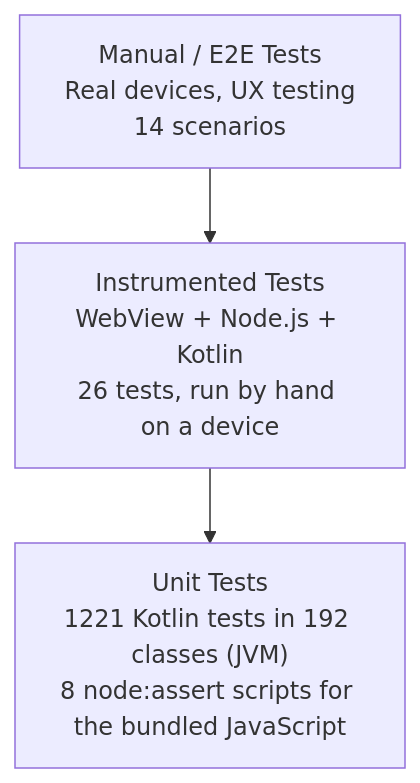
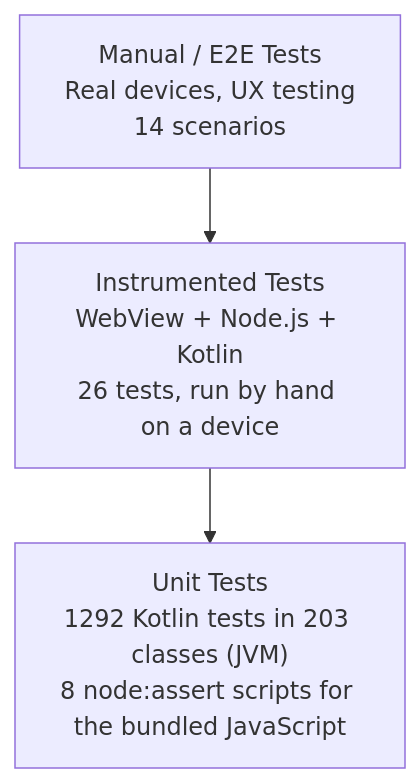
The first of 3 diagrams in docs/07-TESTING_STRATEGY.md (cuixinyuan666/vscodroid), drawn with Mermaid before and after one commit. The commit also changed other lines of this file and 3 other files, not shown here.

````diff
--- a/docs/07-TESTING_STRATEGY.md
+++ b/docs/07-TESTING_STRATEGY.md
@@ -23,5 +23,5 @@
 ```mermaid
 flowchart TD
   E2E["Manual / E2E Tests<br/>Real devices, UX testing<br/>14 scenarios"] --> INT["Instrumented Tests<br/>WebView + Node.js + Kotlin<br/>26 tests, run by hand on a device"]
-  INT --> UNIT["Unit Tests<br/>1221 Kotlin tests in 192 classes (JVM)<br/>8 node:assert scripts for the bundled JavaScript"]
+  INT --> UNIT["Unit Tests<br/>1292 Kotlin tests in 203 classes (JVM)<br/>8 node:assert scripts for the bundled JavaScript"]
 ```
````
